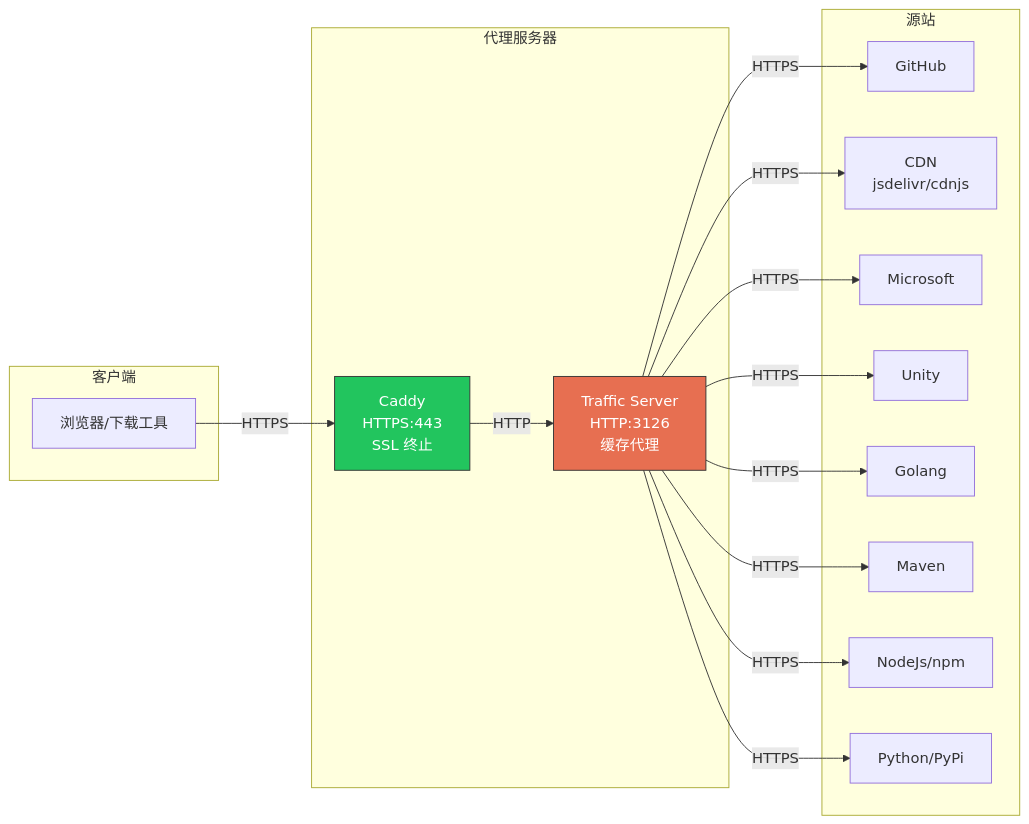
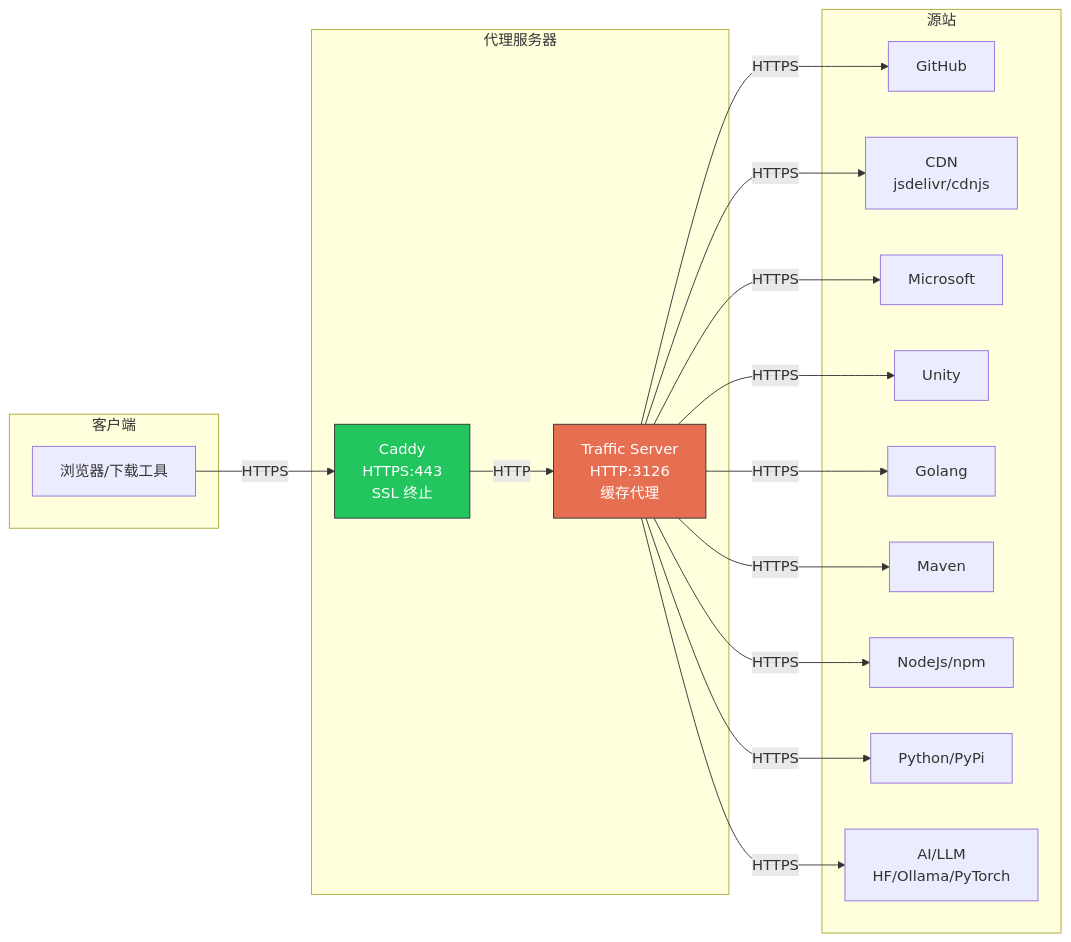
The diagram in setup-router/trafficserver/README.md (owent/docker-setup), drawn with Mermaid before and after one commit. The commit also changed other lines of this file and 9 other files, not shown here.

````diff
--- a/setup-router/trafficserver/README.md
+++ b/setup-router/trafficserver/README.md
@@ -5,36 +5,38 @@
 ```mermaid
 flowchart LR
     subgraph 客户端
         C[浏览器/下载工具]
     end
     
     subgraph 代理服务器
         Caddy[Caddy<br/>HTTPS:443<br/>SSL 终止]
         ATS[Traffic Server<br/>HTTP:3126<br/>缓存代理]
     end
     
     subgraph 源站
         GH[GitHub]
         CDN[CDN<br/>jsdelivr/cdnjs]
         MS[Microsoft]
         Unity[Unity]
         Go[Golang]
         Maven[Maven]
         NodeJs[NodeJs/npm]
         Python[Python/PyPi]
+        LLM[AI/LLM<br/>HF/Ollama/PyTorch]
     end
     
     C -->|HTTPS| Caddy
     Caddy -->|HTTP| ATS
     ATS -->|HTTPS| GH
     ATS -->|HTTPS| CDN
     ATS -->|HTTPS| MS
     ATS -->|HTTPS| Unity
     ATS -->|HTTPS| Go
     ATS -->|HTTPS| Maven
     ATS -->|HTTPS| NodeJs
     ATS -->|HTTPS| Python
+    ATS -->|HTTPS| LLM
     
     style ATS fill:#e76f51,stroke:#333,color:#fff
     style Caddy fill:#22c55e,stroke:#333,color:#fff
 ```
````
